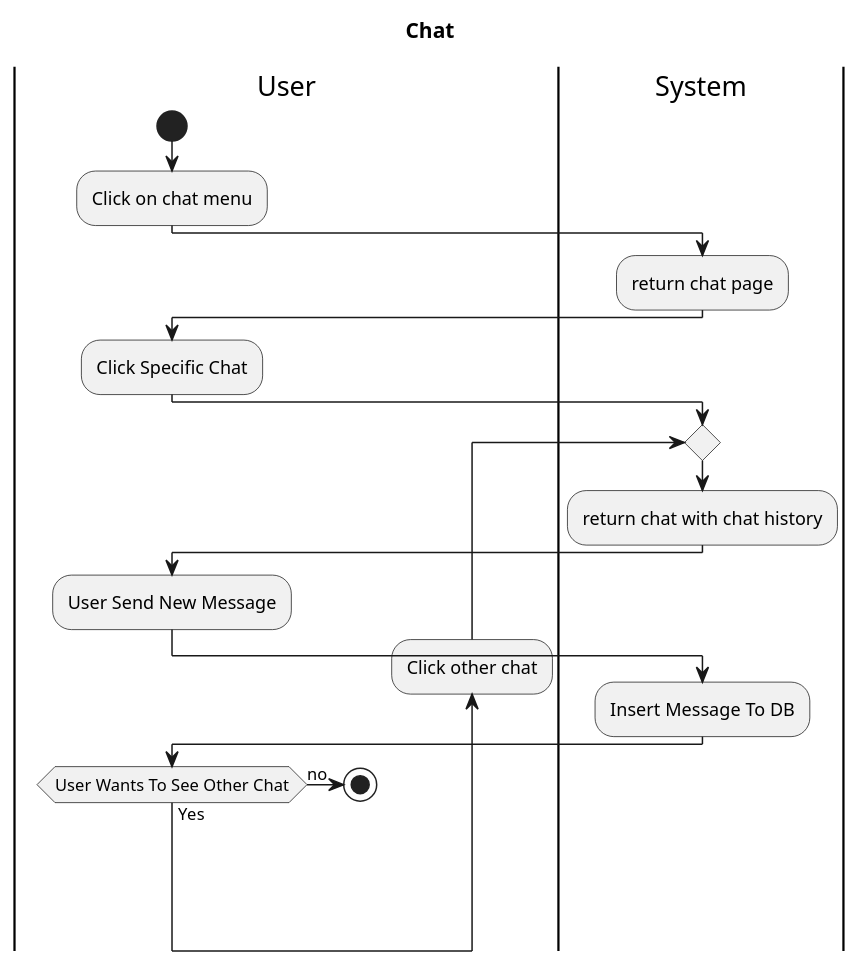
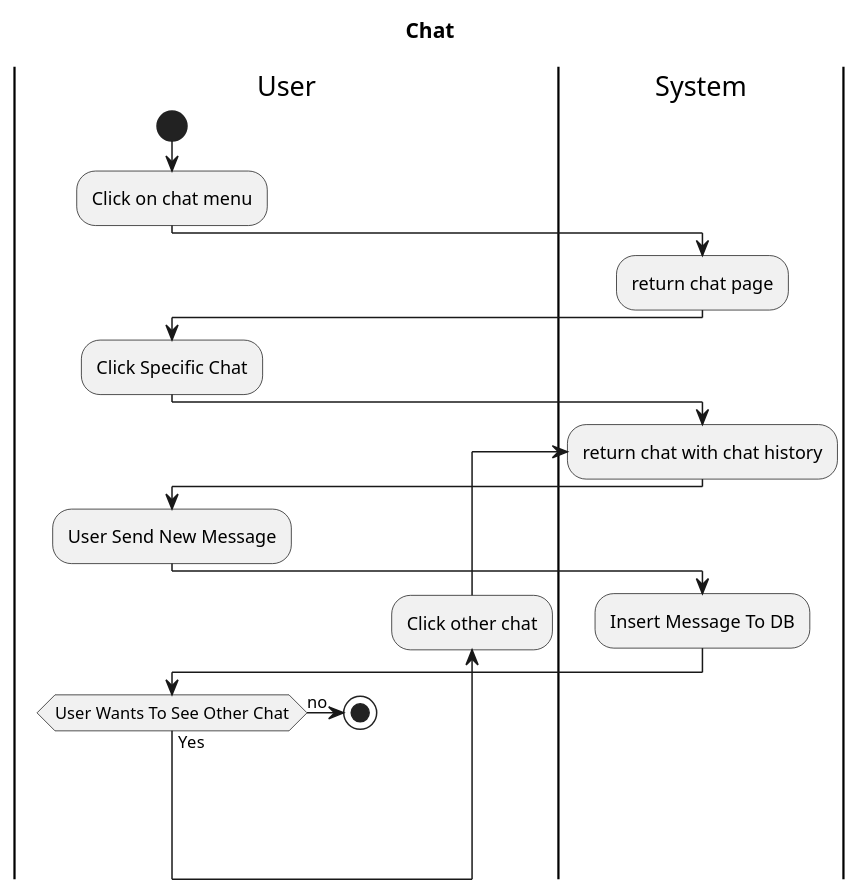
Before and after one commit to AntWort21/BHFMS: the diagram in Design/BHFMS_ACTIVITY/Chat.puml, drawn with PlantUML. The commit also changed 1 other file, not shown here.

Commit message:
fixed chat class diagram (#138)

```diff
--- a/Design/BHFMS_ACTIVITY/Chat.puml
+++ b/Design/BHFMS_ACTIVITY/Chat.puml
@@ -1,23 +1,22 @@
 @startuml
 title Chat
 |User|
 start
 :Click on chat menu;
 |System|
 :return chat page;
 |User|
 :Click Specific Chat;
 |System|
-repeat
-:return chat with chat history;
+repeat :return chat with chat history;
 |User|
 :User Send New Message;
 |System|
     :Insert Message To DB;
 |User|
   backward :Click other chat;
 if (User Wants To See Other Chat) then (Yes)
 else (no)
    stop
 endif
 @enduml
```
